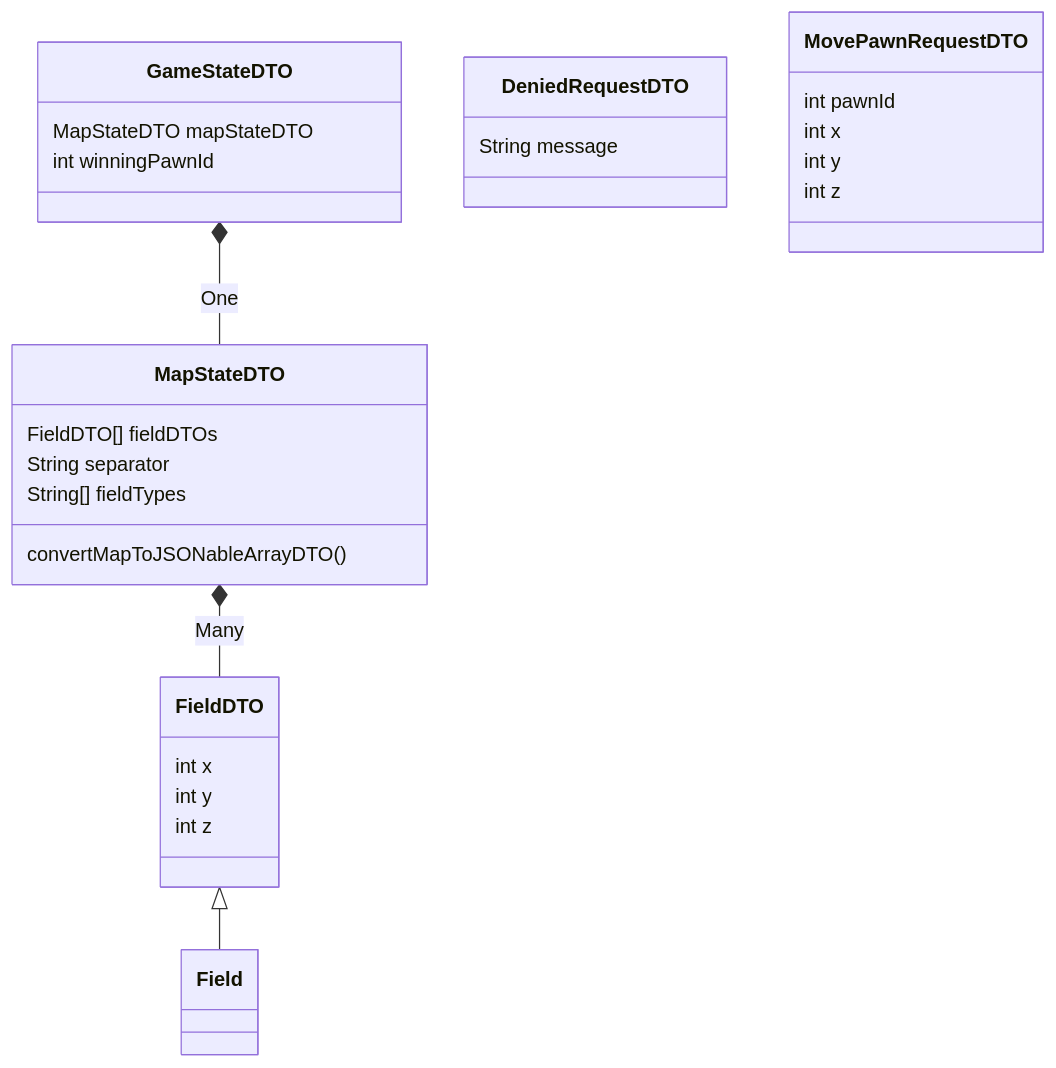
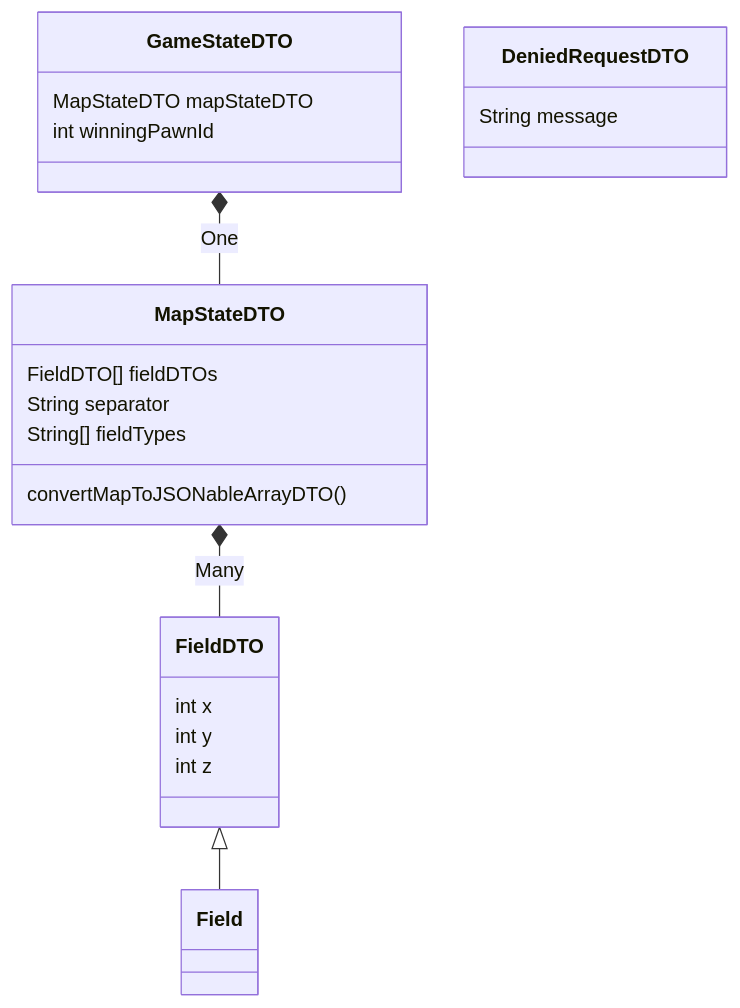
Before and after one commit to stijnlinderman/eldorado: the third of 3 diagrams in ARCHITECTURE.md, drawn with Mermaid.

````diff
--- a/ARCHITECTURE.md
+++ b/ARCHITECTURE.md
@@ -45,20 +45,16 @@
 ```mermaid
 classDiagram
 	GameStateDTO *-- MapStateDTO : One
 	GameStateDTO : MapStateDTO mapStateDTO
 	GameStateDTO : int winningPawnId
 	MapStateDTO *-- FieldDTO : Many
 	MapStateDTO : FieldDTO[] fieldDTOs
 	MapStateDTO : String separator
 	MapStateDTO : String[] fieldTypes
 	MapStateDTO : convertMapToJSONableArrayDTO()
 	FieldDTO : int x
 	FieldDTO : int y
 	FieldDTO : int z
 	FieldDTO <|-- Field
 	DeniedRequestDTO : String message
-	MovePawnRequestDTO : int pawnId
-	MovePawnRequestDTO : int x
-	MovePawnRequestDTO : int y
-	MovePawnRequestDTO : int z
 ```
````
